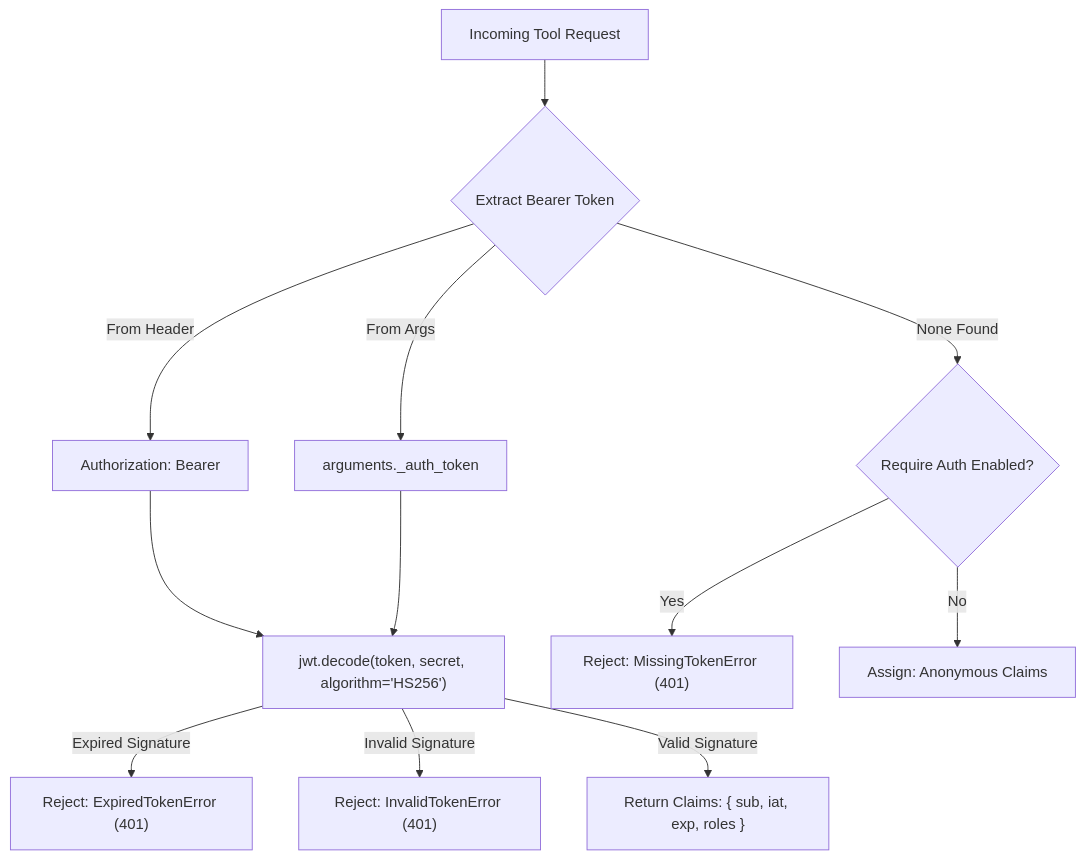
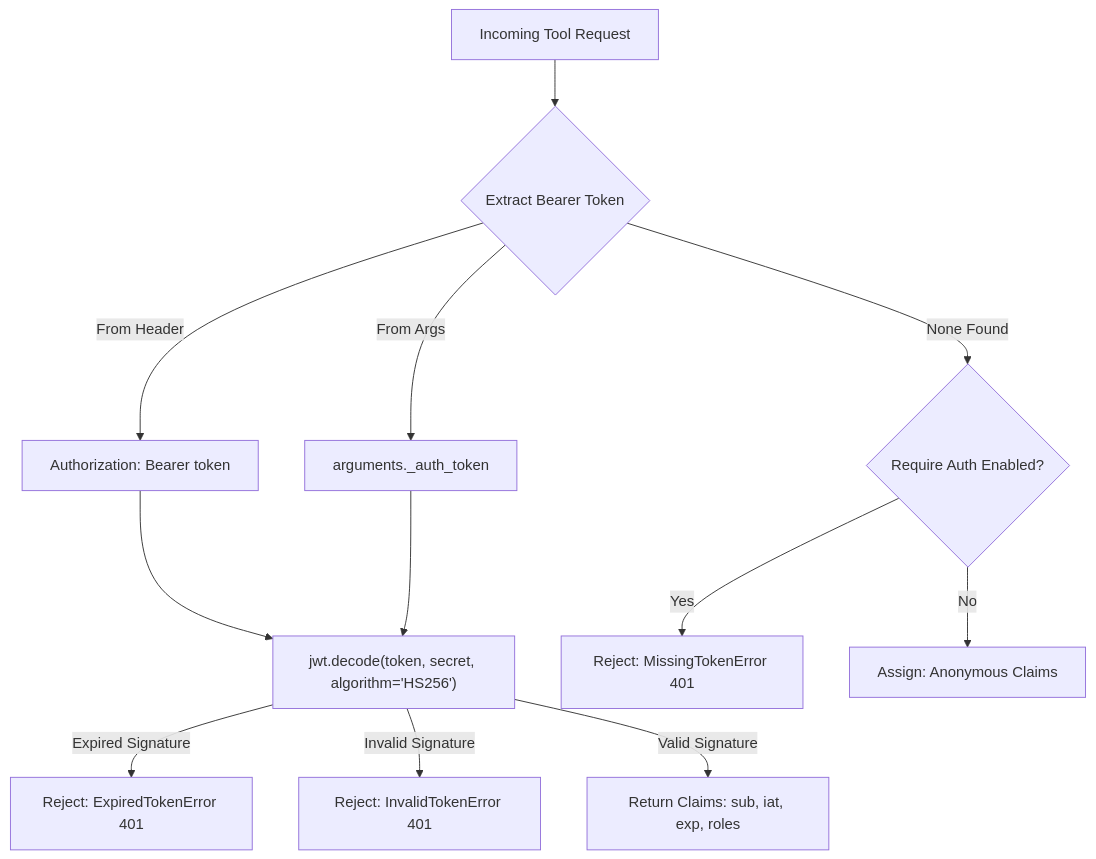
One commit to adarshthakur9240/Isolyth changed the fourth of 10 diagrams in README.md. Above: the diagram before and after it, drawn with Mermaid. The commit also changed other lines of this file, not shown here.

Commit message:
fix(docs): quote all Mermaid edge labels and clean classDiagram syntax for GitHub rich display

````diff
--- a/README.md
+++ b/README.md
@@ -148,17 +148,17 @@
 ```mermaid
 flowchart TD
     Req["Incoming Tool Request"] --> Extract{"Extract Bearer Token"}
-    Extract -->|From Header| HeaderVal["Authorization: Bearer <token>"]
-    Extract -->|From Args| ArgVal["arguments._auth_token"]
-    Extract -->|None Found| CheckAuth{"Require Auth Enabled?"}
+    Extract -->|"From Header"| HeaderVal["Authorization: Bearer token"]
+    Extract -->|"From Args"| ArgVal["arguments._auth_token"]
+    Extract -->|"None Found"| CheckAuth{"Require Auth Enabled?"}
     
     HeaderVal --> Decode["jwt.decode(token, secret, algorithm='HS256')"]
     ArgVal --> Decode
     
-    CheckAuth -->|Yes| Err401["Reject: MissingTokenError (401)"]
-    CheckAuth -->|No| AnonUser["Assign: Anonymous Claims"]
+    CheckAuth -->|"Yes"| Err401["Reject: MissingTokenError 401"]
+    CheckAuth -->|"No"| AnonUser["Assign: Anonymous Claims"]
     
-    Decode -->|Expired Signature| ErrExp["Reject: ExpiredTokenError (401)"]
-    Decode -->|Invalid Signature| ErrInv["Reject: InvalidTokenError (401)"]
-    Decode -->|Valid Signature| Claims["Return Claims: { sub, iat, exp, roles }"]
+    Decode -->|"Expired Signature"| ErrExp["Reject: ExpiredTokenError 401"]
+    Decode -->|"Invalid Signature"| ErrInv["Reject: InvalidTokenError 401"]
+    Decode -->|"Valid Signature"| Claims["Return Claims: sub, iat, exp, roles"]
 ```
````
